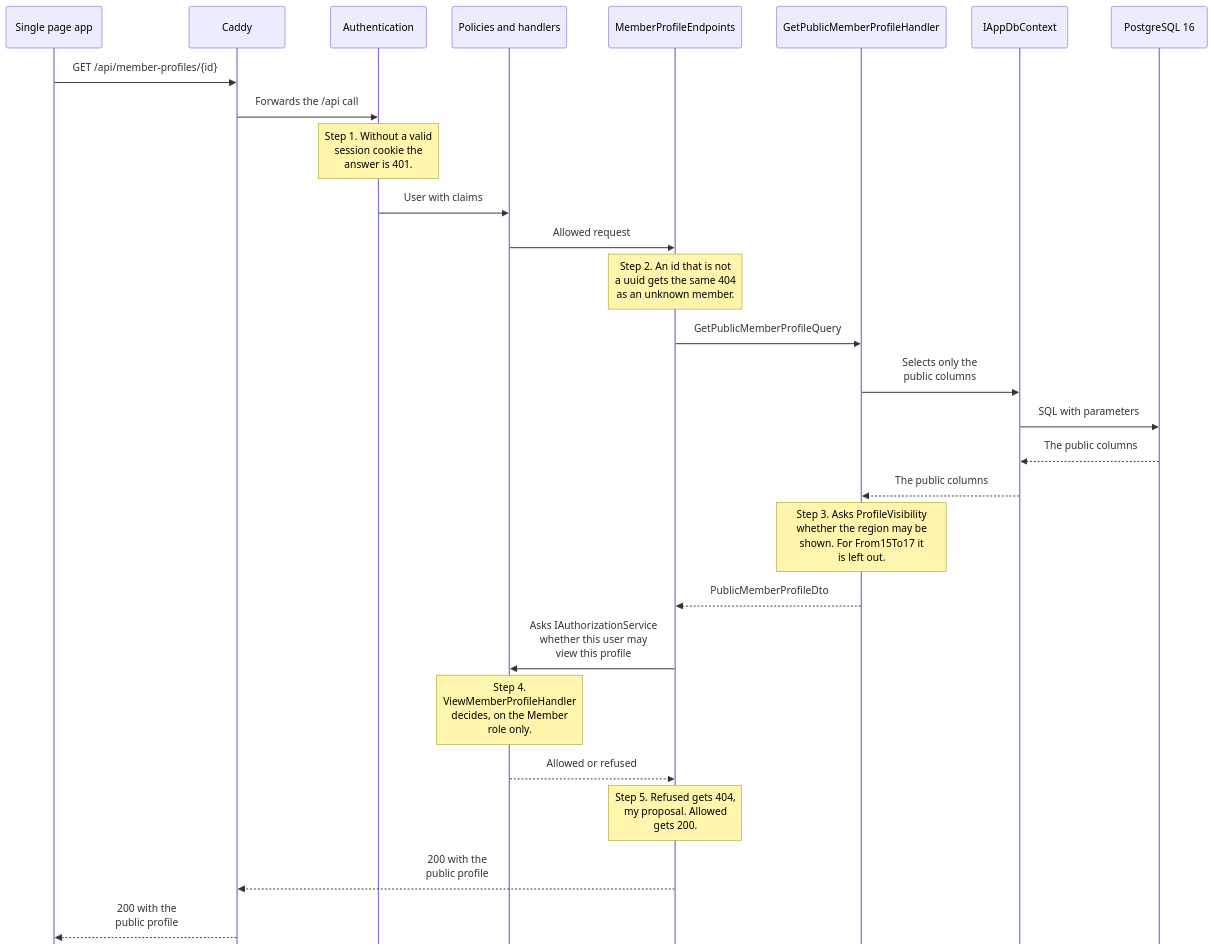
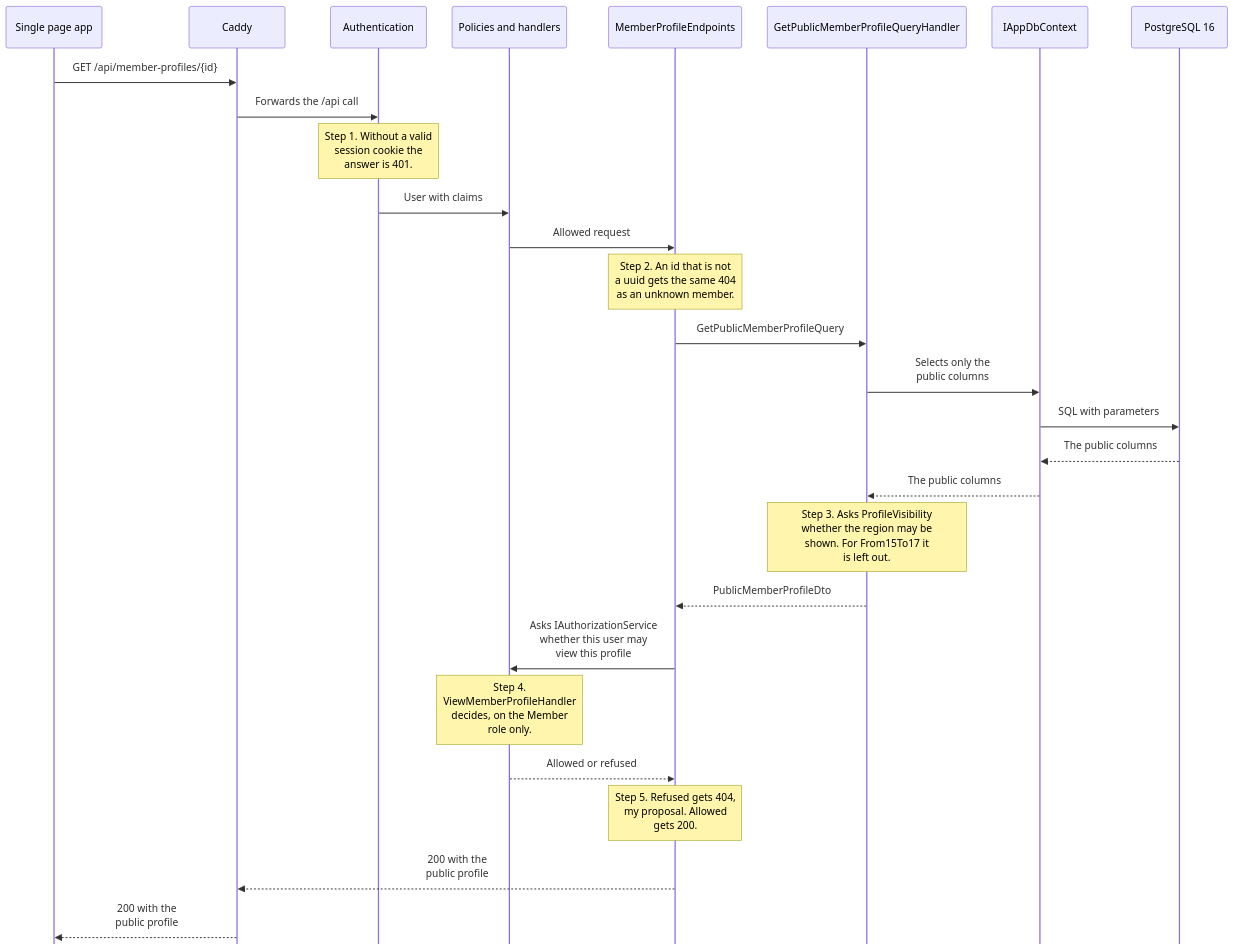
One commit to guruITA/connect-nine changed the fifth of 5 diagrams in docs/wesley/securityAndArchitectureEvidence.md. Above: the diagram before and after it, drawn with Mermaid. The commit also changed other lines of this file and 2 other files, not shown here.

Commit message:
docs(docs): my architecture documents follow the account code of #262 (#12)

````diff
--- a/docs/wesley/securityAndArchitectureEvidence.md
+++ b/docs/wesley/securityAndArchitectureEvidence.md
@@ -212,31 +212,31 @@
 ```mermaid
 %%{init: {'sequence': {'actorMargin': 40, 'noteMargin': 10, 'messageMargin': 35, 'mirrorActors': false}, 'themeVariables': {'fontSize': '14px'}}}%%
 sequenceDiagram
 participant spa as Single page app
 participant caddy as Caddy
 participant authn as Authentication
 participant authz as Policies and handlers
 participant ep as MemberProfileEndpoints
-participant qh as GetPublicMemberProfileHandler
+participant qh as GetPublicMemberProfileQueryHandler
 participant ctx as IAppDbContext
 participant db as PostgreSQL 16
 spa->>caddy: GET /api/member-profiles/{id}
 caddy->>authn: Forwards the /api call
 Note over authn: Step 1. Without a valid<br/>session cookie the<br/>answer is 401.
 authn->>authz: User with claims
 authz->>ep: Allowed request
 Note over ep: Step 2. An id that is not<br/>a uuid gets the same 404<br/>as an unknown member.
 ep->>qh: GetPublicMemberProfileQuery
 qh->>ctx: Selects only the<br/>public columns
 ctx->>db: SQL with parameters
 db-->>ctx: The public columns
 ctx-->>qh: The public columns
 Note over qh: Step 3. Asks ProfileVisibility<br/>whether the region may be<br/>shown. For From15To17 it<br/>is left out.
 qh-->>ep: PublicMemberProfileDto
 ep->>authz: Asks IAuthorizationService<br/>whether this user may<br/>view this profile
 Note over authz: Step 4.<br/>ViewMemberProfileHandler<br/>decides, on the Member<br/>role only.
 authz-->>ep: Allowed or refused
 Note over ep: Step 5. Refused gets 404,<br/>my proposal. Allowed<br/>gets 200.
 ep-->>caddy: 200 with the<br/>public profile
 caddy-->>spa: 200 with the<br/>public profile
 ```
````
